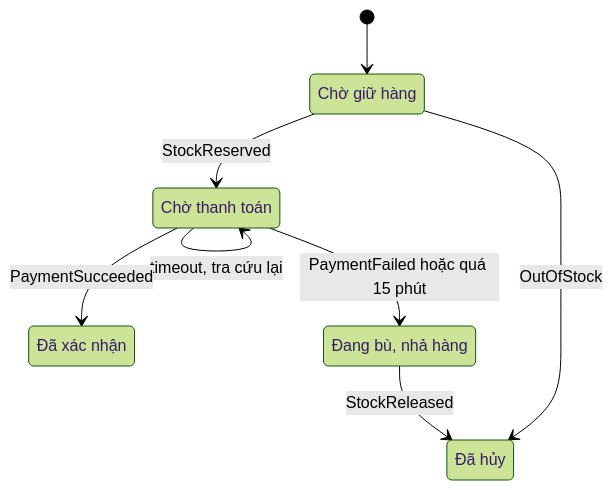
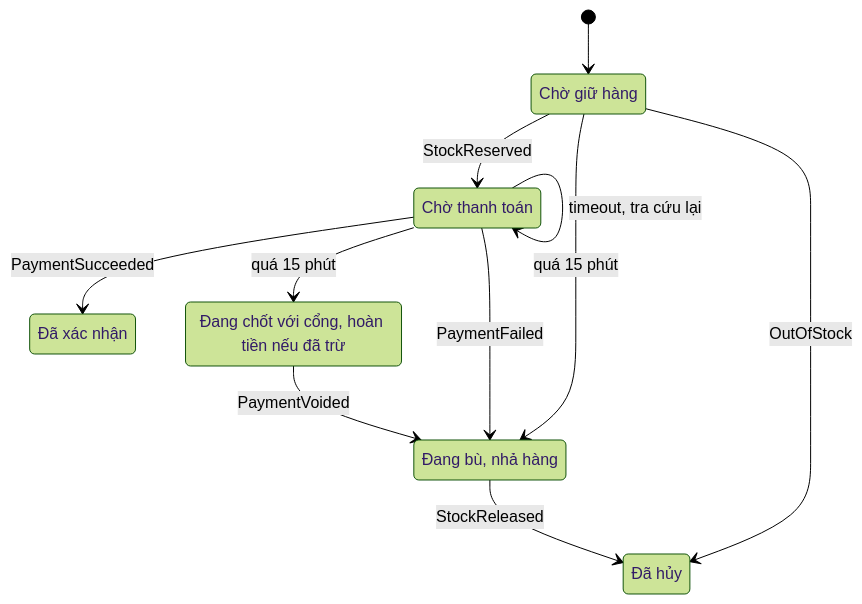
The third of 3 diagrams in 07-backend-microservices/07-saga-dat-hang-tru-kho-thanh-toan-hoan-tien-khi-loi/README.md (nguyenquochuy2311/system-design-nestjs), drawn with Mermaid (forest theme) before and after one commit. The commit also changed other lines of this file and 44 other files, not shown here.

First line of the commit message:
feat(07/07): lab Saga orchestration với PGMQ, bước bù và hoàn tiền, số đo thật

````diff
--- a/07-backend-microservices/07-saga-dat-hang-tru-kho-thanh-toan-hoan-tien-khi-loi/README.md
+++ b/07-backend-microservices/07-saga-dat-hang-tru-kho-thanh-toan-hoan-tien-khi-loi/README.md
@@ -97,15 +97,19 @@
 ```mermaid
 stateDiagram-v2
   state "Chờ giữ hàng" as RESERVING
   state "Chờ thanh toán" as CHARGING
   state "Đã xác nhận" as CONFIRMED
+  state "Đang chốt với cổng, hoàn tiền nếu đã trừ" as VOIDING
   state "Đang bù, nhả hàng" as COMPENSATING
   state "Đã hủy" as CANCELLED
   [*] --> RESERVING
   RESERVING --> CHARGING : StockReserved
   RESERVING --> CANCELLED : OutOfStock
+  RESERVING --> COMPENSATING : quá 15 phút
   CHARGING --> CHARGING : timeout, tra cứu lại
   CHARGING --> CONFIRMED : PaymentSucceeded
-  CHARGING --> COMPENSATING : PaymentFailed hoặc quá 15 phút
+  CHARGING --> COMPENSATING : PaymentFailed
+  CHARGING --> VOIDING : quá 15 phút
+  VOIDING --> COMPENSATING : PaymentVoided
   COMPENSATING --> CANCELLED : StockReleased
 ```
````
